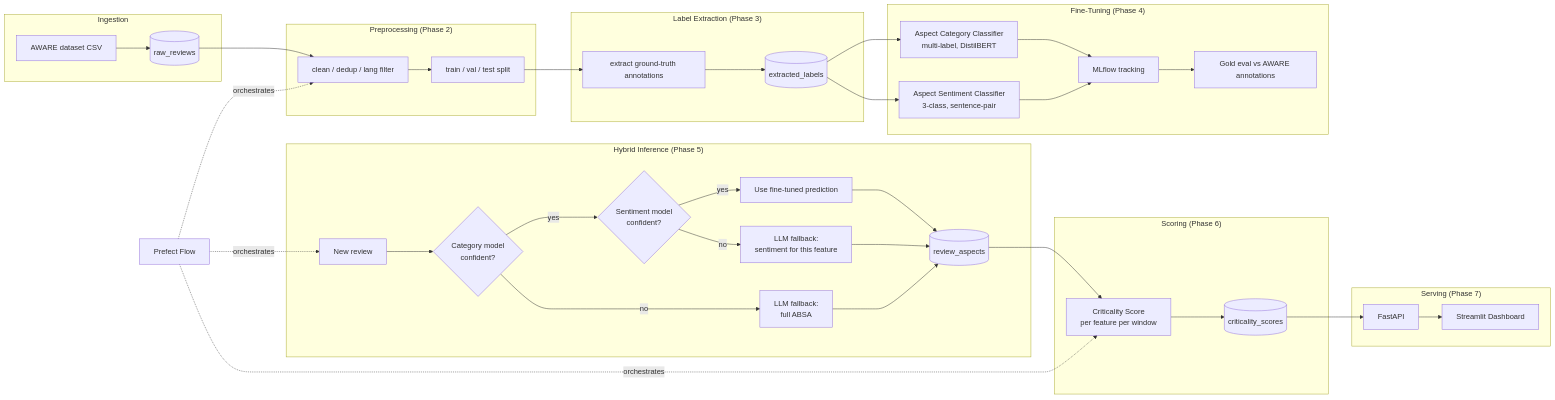
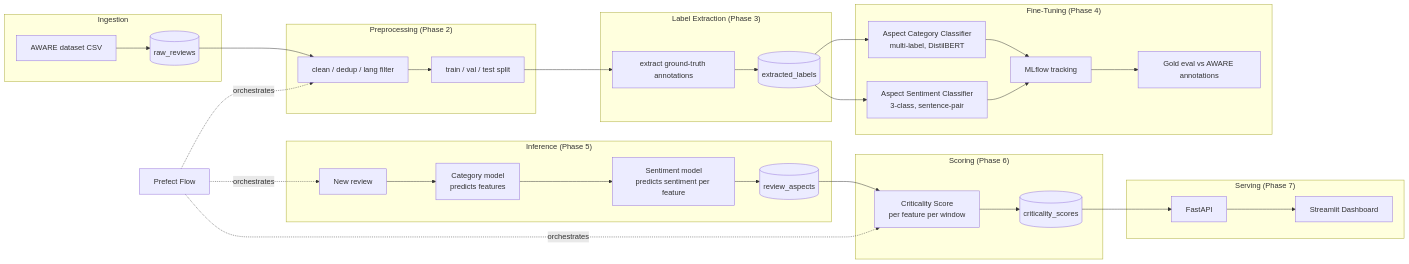
The diagram in README.md (IT1801/FixFirst_AI), drawn with Mermaid before and after one commit. The commit also changed other lines of this file and 117 other files, not shown here.

Commit message:
refactor: restructure core modules, database schemas, and business logic while cleaning up project organization.

````diff
--- a/README.md
+++ b/README.md
@@ -19,49 +19,44 @@
 ```mermaid
 flowchart LR
     subgraph Ingestion
         A[AWARE dataset CSV] --> B[(raw_reviews)]
     end
 
     subgraph "Preprocessing (Phase 2)"
         B --> C[clean / dedup / lang filter]
         C --> D[train / val / test split]
     end
 
     subgraph "Label Extraction (Phase 3)"
         D --> E[extract ground-truth annotations]
         E --> G[(extracted_labels)]
     end
 
     subgraph "Fine-Tuning (Phase 4)"
         G --> H[Aspect Category Classifier<br/>multi-label, DistilBERT]
         G --> I[Aspect Sentiment Classifier<br/>3-class, sentence-pair]
         H --> J[MLflow tracking]
         I --> J
         J --> K[Gold eval vs AWARE annotations]
     end
 
-    subgraph "Hybrid Inference (Phase 5)"
-        L[New review] --> M{Category model<br/>confident?}
-        M -- yes --> N{Sentiment model<br/>confident?}
-        M -- no --> O[LLM fallback:<br/>full ABSA]
-        N -- yes --> P[Use fine-tuned prediction]
-        N -- no --> Q[LLM fallback:<br/>sentiment for this feature]
-        P --> R[(review_aspects)]
-        O --> R
-        Q --> R
+    subgraph "Inference (Phase 5)"
+        L[New review] --> M[Category model<br/>predicts features]
+        M --> N[Sentiment model<br/>predicts sentiment per feature]
+        N --> R[(review_aspects)]
     end
 
     subgraph "Scoring (Phase 6)"
         R --> S[Criticality Score<br/>per feature per window]
         S --> T[(criticality_scores)]
     end
 
     subgraph "Serving (Phase 7)"
         T --> U[FastAPI]
         U --> V[Streamlit Dashboard]
     end
 
     W[Prefect Flow] -.orchestrates.-> C
     W -.orchestrates.-> L
     W -.orchestrates.-> S
 ```
````
